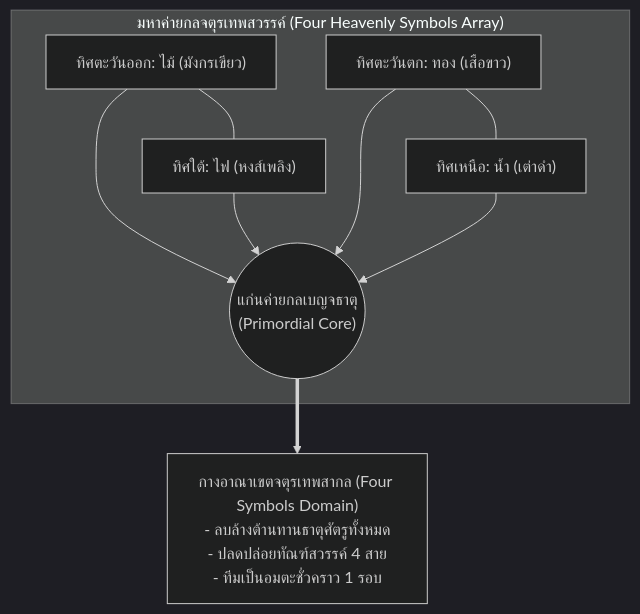
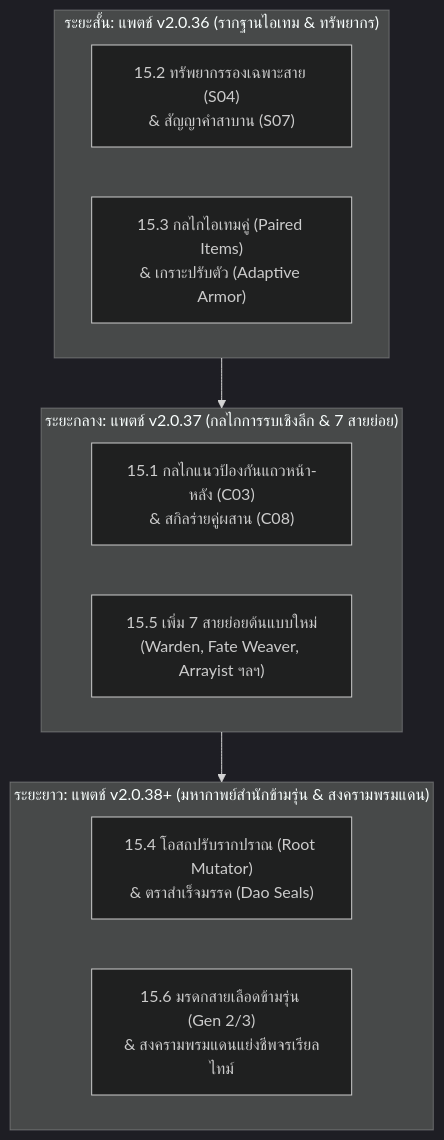
Before and after one commit to pyopasakserpiros-prog/JHEvo: the second of 2 diagrams in FUTURE_ROADMAP_AND_IDEAS.md, drawn with Mermaid (dark theme). The commit also changed other lines of this file and 1 other file, not shown here.

Commit message:
docs: update FUTURE_ROADMAP_AND_IDEAS and project onboarding for v2.0.35

````diff
--- a/FUTURE_ROADMAP_AND_IDEAS.md
+++ b/FUTURE_ROADMAP_AND_IDEAS.md
@@ -291,12 +191,17 @@
 ```mermaid
 flowchart TD
-    subgraph "มหาค่ายกลจตุรเทพสวรรค์ (Four Heavenly Symbols Array)"
-        P1["ทิศตะวันออก: ไม้ (มังกรเขียว)"] --- P2["ทิศใต้: ไฟ (หงส์เพลิง)"]
-        P3["ทิศตะวันตก: ทอง (เสือขาว)"] --- P4["ทิศเหนือ: น้ำ (เต่าดำ)"]
-        P1 --> CORE(("แก่นค่ายกลเบญจธาตุ\n(Primordial Core)"))
-        P2 --> CORE
-        P3 --> CORE
-        P4 --> CORE
+    subgraph Phase1["ระยะสั้น: แพตช์ v2.0.36 (รากฐานไอเทม & ทรัพยากร)"]
+        P1_A["15.2 ทรัพยากรรองเฉพาะสาย (S04)\n& สัญญาคำสาบาน (S07)"]
+        P1_B["15.3 กลไกไอเทมคู่ (Paired Items)\n& เกราะปรับตัว (Adaptive Armor)"]
     end
-    CORE ==> DOMAIN["กางอาณาเขตจตุรเทพสากล (Four Symbols Domain)\n- ลบล้างต้านทานธาตุศัตรูทั้งหมด\n- ปลดปล่อยทัณฑ์สวรรค์ 4 สาย\n- ทีมเป็นอมตะชั่วคราว 1 รอบ"]
+    subgraph Phase2["ระยะกลาง: แพตช์ v2.0.37 (กลไกการรบเชิงลึก & 7 สายย่อย)"]
+        P2_A["15.1 กลไกแนวป้องกันแถวหน้า-หลัง (C03)\n& สกิลร่ายคู่ผสาน (C08)"]
+        P2_B["15.5 เพิ่ม 7 สายย่อยต้นแบบใหม่\n(Warden, Fate Weaver, Arrayist ฯลฯ)"]
+    end
+    subgraph Phase3["ระยะยาว: แพตช์ v2.0.38+ (มหากาพย์สำนักข้ามรุ่น & สงครามพรมแดน)"]
+        P3_A["15.4 โอสถปรับรากปราณ (Root Mutator)\n& ตราสำเร็จมรรค (Dao Seals)"]
+        P3_B["15.6 มรดกสายเลือดข้ามรุ่น (Gen 2/3)\n& สงครามพรมแดนแย่งชีพจรเรียลไทม์"]
+    end
+    Phase1 --> Phase2
+    Phase2 --> Phase3
 ```
````
